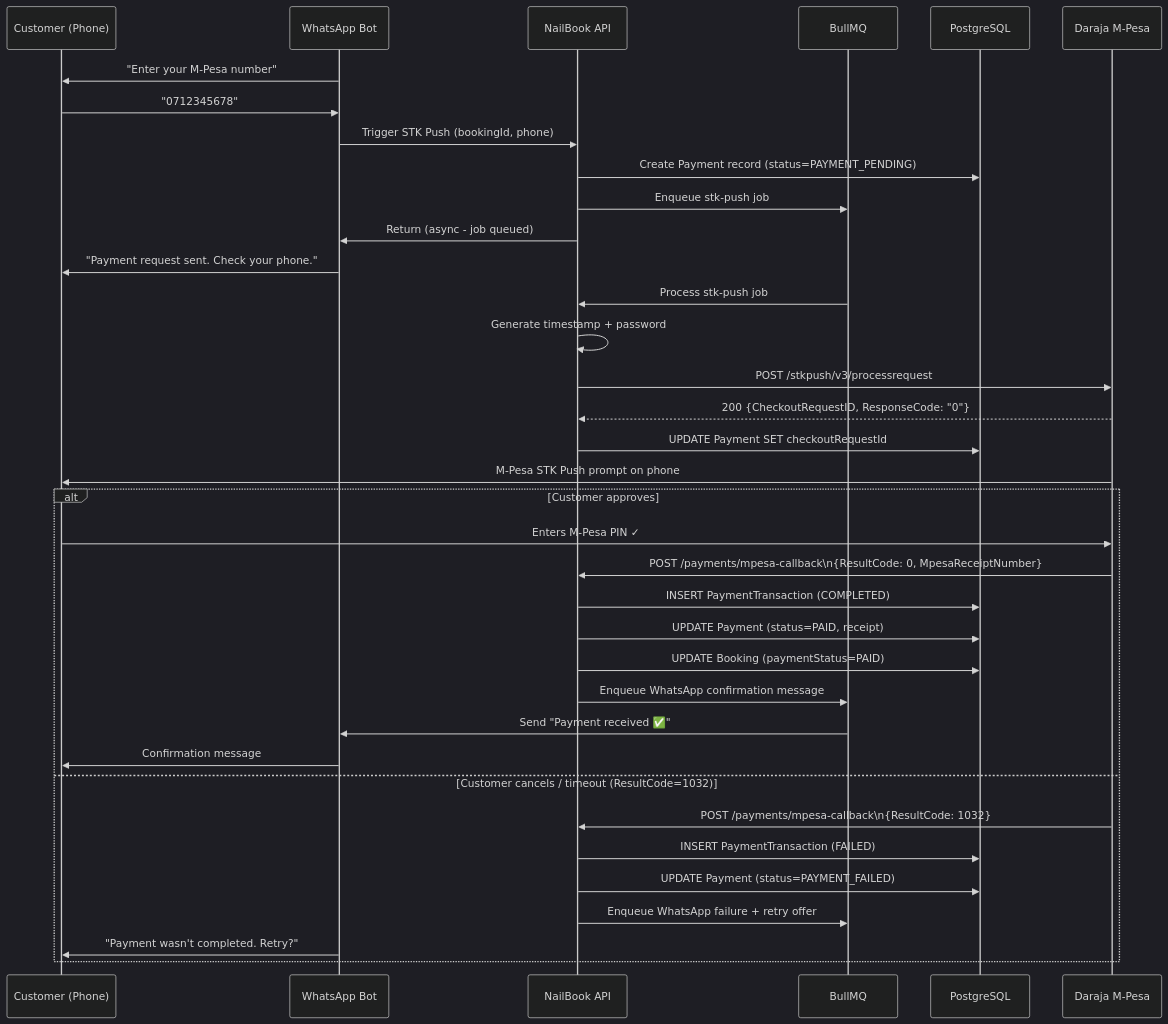
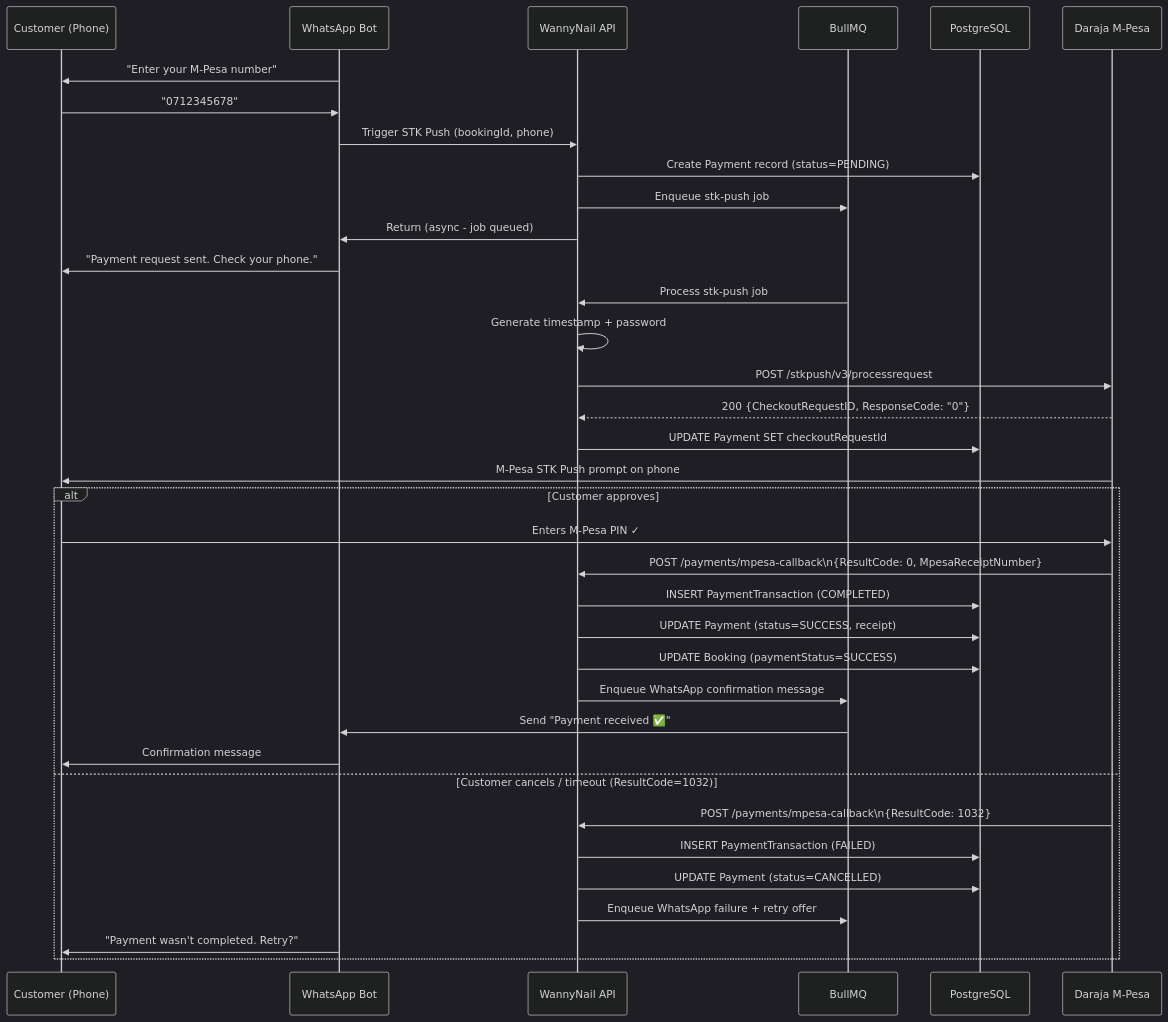
One commit to eva003n/wanny-s-nails changed the second of 2 diagrams in docs/PAYMENT_WORKFLOW.md. Above: the diagram before and after it, drawn with Mermaid (dark theme). The commit also changed other lines of this file, not shown here.

````diff
--- a/docs/PAYMENT_WORKFLOW.md
+++ b/docs/PAYMENT_WORKFLOW.md
@@ -39,42 +70,42 @@
 ```mermaid
 sequenceDiagram
     participant Customer as Customer (Phone)
     participant Bot as WhatsApp Bot
-    participant API as NailBook API
+    participant API as WannyNail API
     participant Queue as BullMQ
     participant DB as PostgreSQL
     participant Daraja as Daraja M-Pesa
 
     Bot->>Customer: "Enter your M-Pesa number"
     Customer->>Bot: "0712345678"
     Bot->>API: Trigger STK Push (bookingId, phone)
-    API->>DB: Create Payment record (status=PAYMENT_PENDING)
+    API->>DB: Create Payment record (status=PENDING)
     API->>Queue: Enqueue stk-push job
     API->>Bot: Return (async - job queued)
     Bot->>Customer: "Payment request sent. Check your phone."
 
     Queue->>API: Process stk-push job
     API->>API: Generate timestamp + password
     API->>Daraja: POST /stkpush/v3/processrequest
     Daraja-->>API: 200 {CheckoutRequestID, ResponseCode: "0"}
     API->>DB: UPDATE Payment SET checkoutRequestId
 
     Daraja->>Customer: M-Pesa STK Push prompt on phone
     
     alt Customer approves
         Customer->>Daraja: Enters M-Pesa PIN ✓
         Daraja->>API: POST /payments/mpesa-callback\n{ResultCode: 0, MpesaReceiptNumber}
         API->>DB: INSERT PaymentTransaction (COMPLETED)
-        API->>DB: UPDATE Payment (status=PAID, receipt)
-        API->>DB: UPDATE Booking (paymentStatus=PAID)
+        API->>DB: UPDATE Payment (status=SUCCESS, receipt)
+        API->>DB: UPDATE Booking (paymentStatus=SUCCESS)
         API->>Queue: Enqueue WhatsApp confirmation message
         Queue->>Bot: Send "Payment received ✅"
         Bot->>Customer: Confirmation message
     else Customer cancels / timeout (ResultCode=1032)
         Daraja->>API: POST /payments/mpesa-callback\n{ResultCode: 1032}
         API->>DB: INSERT PaymentTransaction (FAILED)
-        API->>DB: UPDATE Payment (status=PAYMENT_FAILED)
+        API->>DB: UPDATE Payment (status=CANCELLED)
         API->>Queue: Enqueue WhatsApp failure + retry offer
         Bot->>Customer: "Payment wasn't completed. Retry?"
     end
 ```
````
